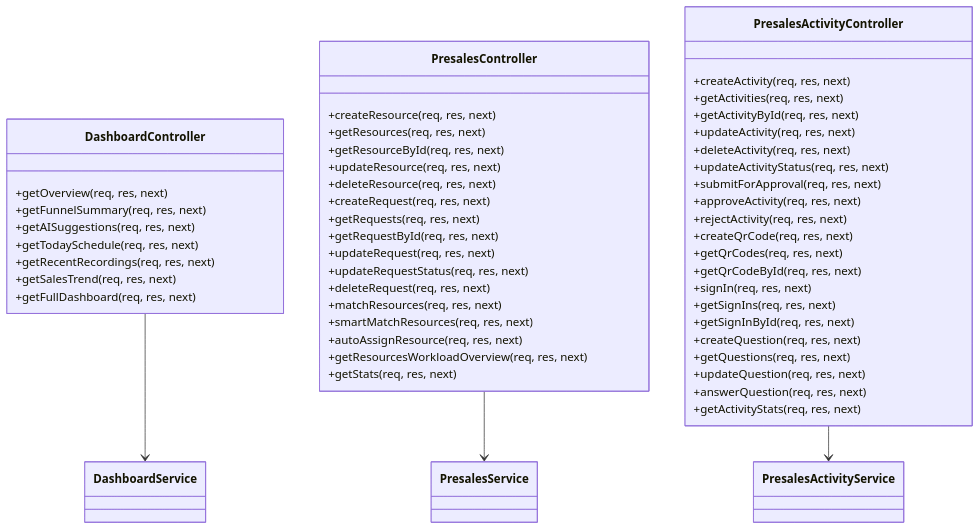
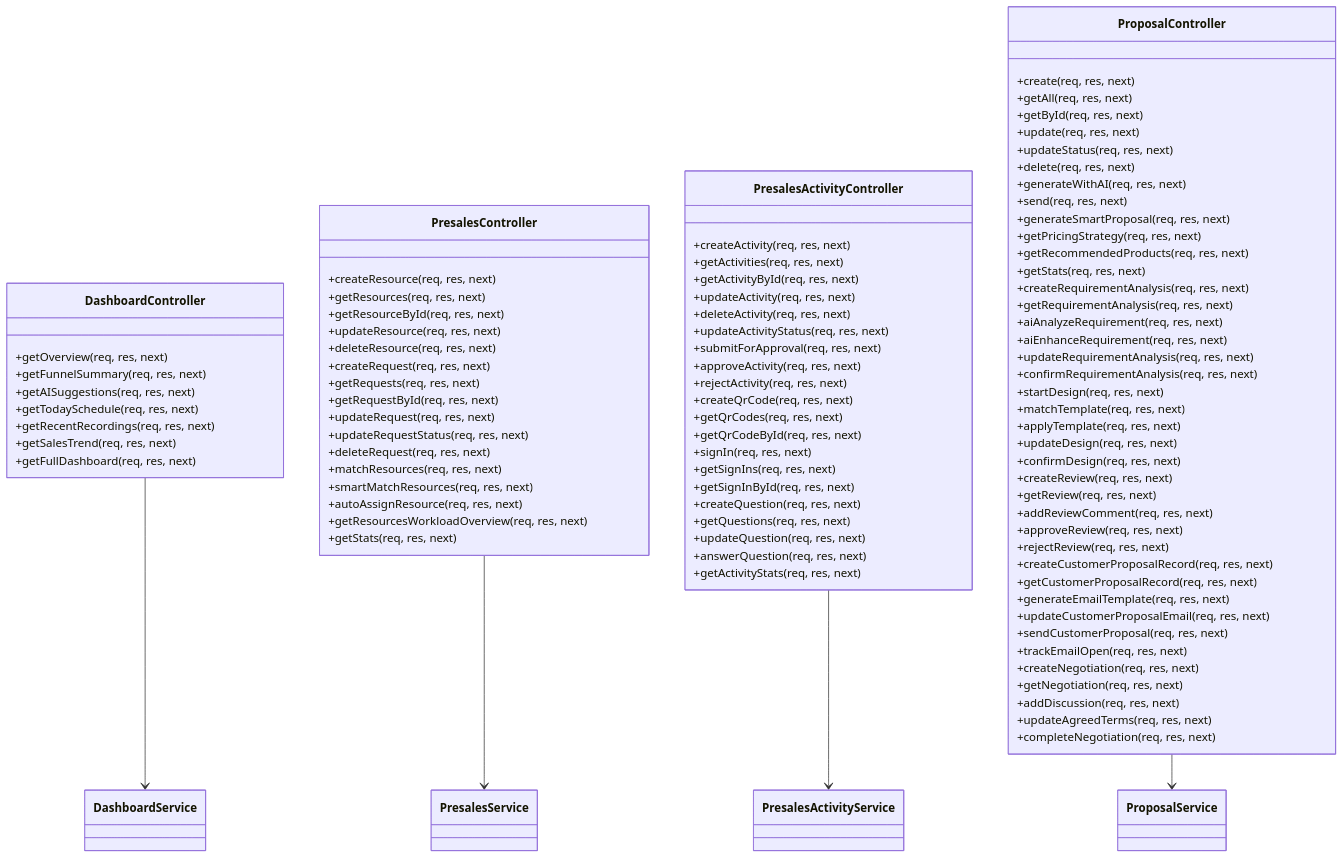
Before and after one commit to xianjianshenqu/SalesFlow-CRM: the second of 23 diagrams in .qoder/repowiki/zh/content/Pre Sales Dashboard.md, drawn with Mermaid. The commit also changed other lines of this file and 13 other files, not shown here.

````diff
--- a/.qoder/repowiki/zh/content/Pre Sales Dashboard.md
+++ b/.qoder/repowiki/zh/content/Pre Sales Dashboard.md
@@ -148,7 +166,49 @@
 +answerQuestion(req, res, next)
 +getActivityStats(req, res, next)
 }
+class ProposalController {
++create(req, res, next)
++getAll(req, res, next)
++getById(req, res, next)
++update(req, res, next)
++updateStatus(req, res, next)
++delete(req, res, next)
++generateWithAI(req, res, next)
++send(req, res, next)
++generateSmartProposal(req, res, next)
++getPricingStrategy(req, res, next)
++getRecommendedProducts(req, res, next)
++getStats(req, res, next)
++createRequirementAnalysis(req, res, next)
++getRequirementAnalysis(req, res, next)
++aiAnalyzeRequirement(req, res, next)
++aiEnhanceRequirement(req, res, next)
++updateRequirementAnalysis(req, res, next)
++confirmRequirementAnalysis(req, res, next)
++startDesign(req, res, next)
++matchTemplate(req, res, next)
++applyTemplate(req, res, next)
++updateDesign(req, res, next)
++confirmDesign(req, res, next)
++createReview(req, res, next)
++getReview(req, res, next)
++addReviewComment(req, res, next)
++approveReview(req, res, next)
++rejectReview(req, res, next)
++createCustomerProposalRecord(req, res, next)
++getCustomerProposalRecord(req, res, next)
++generateEmailTemplate(req, res, next)
++updateCustomerProposalEmail(req, res, next)
++sendCustomerProposal(req, res, next)
++trackEmailOpen(req, res, next)
++createNegotiation(req, res, next)
++getNegotiation(req, res, next)
++addDiscussion(req, res, next)
++updateAgreedTerms(req, res, next)
++completeNegotiation(req, res, next)
+}
 DashboardController --> DashboardService
 PresalesController --> PresalesService
 PresalesActivityController --> PresalesActivityService
+ProposalController --> ProposalService
 ```
````
